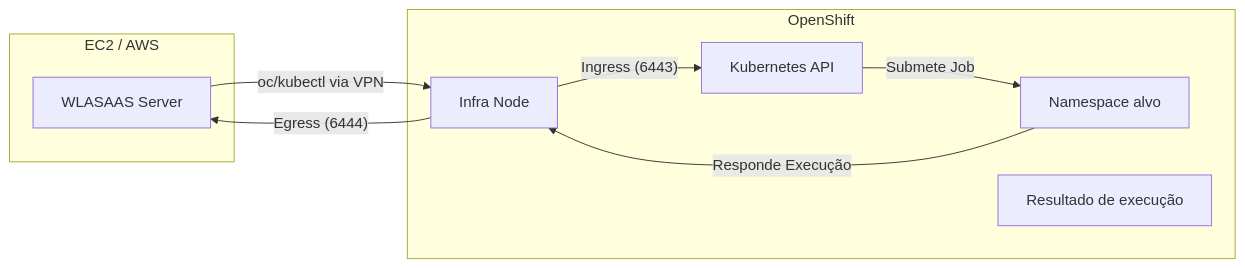
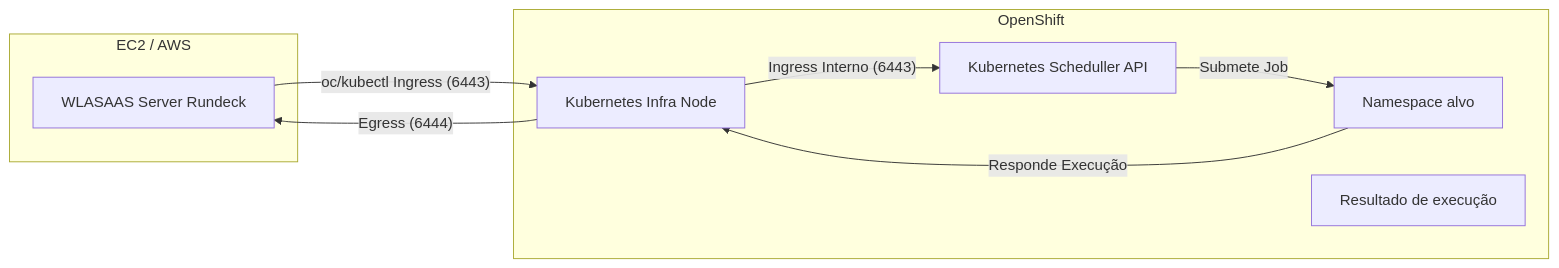
Before and after one commit to mbenedicto99/CTM_OCP: the diagram in README.md, drawn with Mermaid.

Commit message:
WLASaaS->OCP 20250912

````diff
--- a/README.md
+++ b/README.md
@@ -127,20 +127,20 @@
 ```mermaid
 flowchart LR
   subgraph AWS["EC2 / AWS"]
-    CM["WLASAAS Server"]
+    CM["WLASAAS Server Rundeck"]
   end
 
   subgraph OCP["OpenShift"]
-    IN["Infra Node"]
-    API["Kubernetes API"]
+    IN["Kubernetes Infra Node"]
+    API["Kubernetes Scheduller API"]
     NS["Namespace alvo"]
     AG["Resultado de execução"]
   end
 
-  CM -- "oc/kubectl via VPN" --> IN
-  IN -- "Ingress (6443)" --> API
+  CM -- "oc/kubectl Ingress (6443)" --> IN
+  IN -- "Ingress Interno (6443)" --> API
   API -- "Submete Job" --> NS
 
   NS -- "Responde Execução" --> IN
   IN -- "Egress (6444)" --> CM
 ```
````
